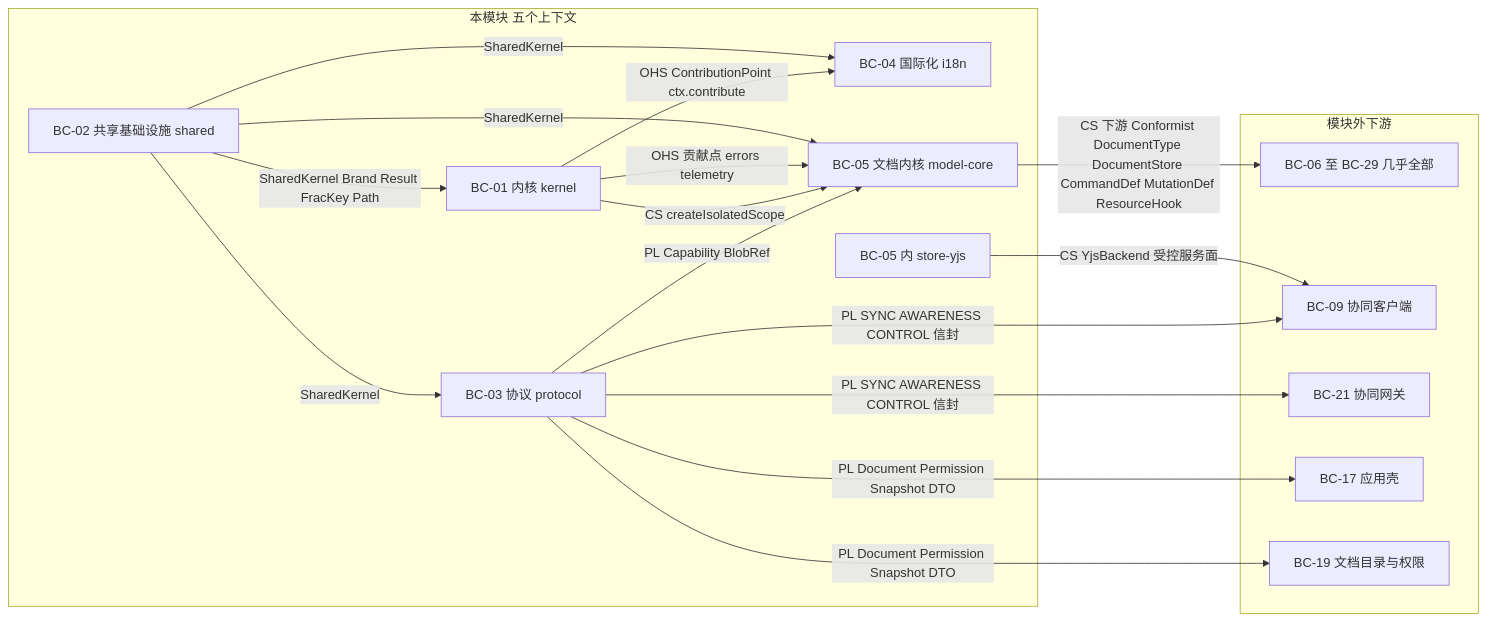
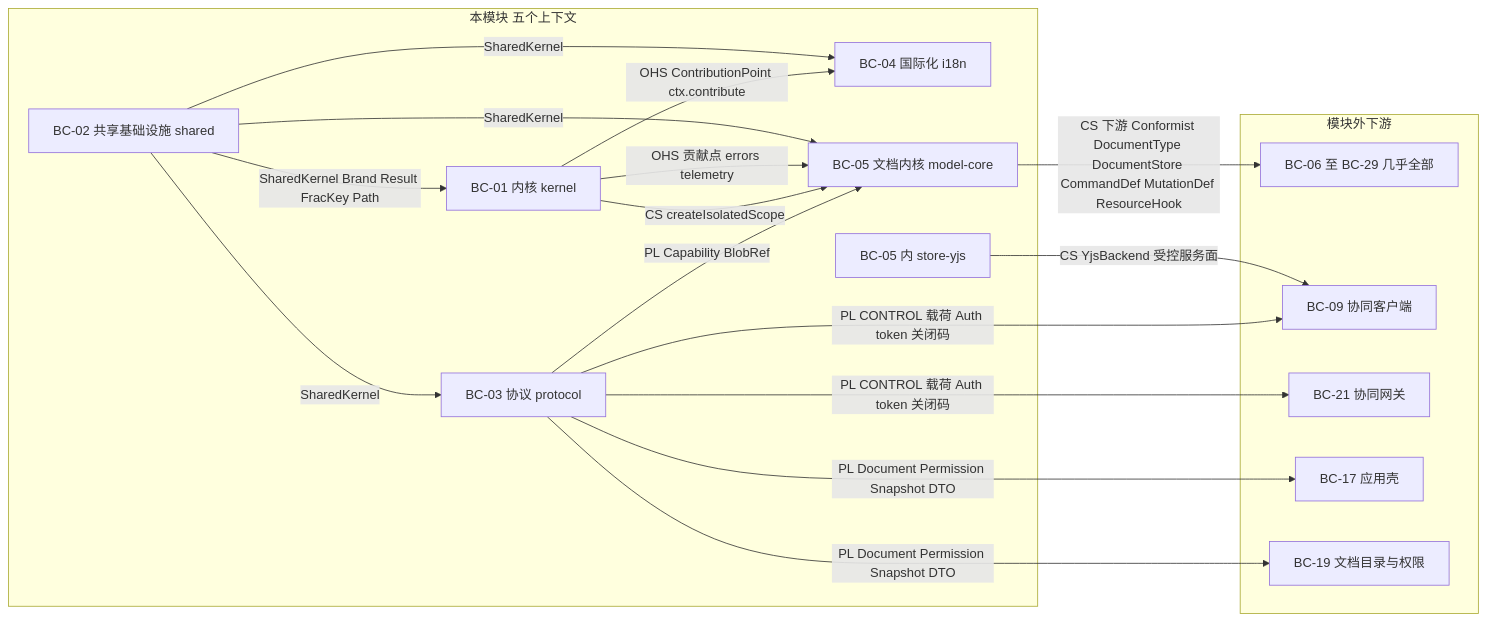
Before and after one commit to Xeonice/cordis-ppt-editor: the second of 12 diagrams in docs/40-modules/02-kernel-protocol-and-document-core.md, drawn with Mermaid. The commit also changed other lines of this file and 78 other files, not shown here.

````diff
--- a/docs/40-modules/02-kernel-protocol-and-document-core.md
+++ b/docs/40-modules/02-kernel-protocol-and-document-core.md
@@ -112,32 +112,32 @@
 ```mermaid
 flowchart LR
 subgraph mod["本模块 五个上下文"]
 bc02["BC-02 共享基础设施 shared"]
 bc01["BC-01 内核 kernel"]
 bc03["BC-03 协议 protocol"]
 bc04["BC-04 国际化 i18n"]
 bc05["BC-05 文档内核 model-core"]
 storeYjs["BC-05 内 store-yjs"]
 end
 subgraph out["模块外下游"]
 down["BC-06 至 BC-29 几乎全部"]
 bc09["BC-09 协同客户端"]
 bc21["BC-21 协同网关"]
 bc17["BC-17 应用壳"]
 bc19["BC-19 文档目录与权限"]
 end
 bc02 -- "SharedKernel Brand Result FracKey Path" --> bc01
 bc02 -- "SharedKernel" --> bc03
 bc02 -- "SharedKernel" --> bc04
 bc02 -- "SharedKernel" --> bc05
 bc01 -- "OHS ContributionPoint ctx.contribute" --> bc04
 bc01 -- "OHS 贡献点 errors telemetry" --> bc05
 bc01 -- "CS createIsolatedScope" --> bc05
 bc03 -- "PL Capability BlobRef" --> bc05
 bc05 -- "CS 下游 Conformist DocumentType DocumentStore CommandDef MutationDef ResourceHook" --> down
 storeYjs -- "CS YjsBackend 受控服务面" --> bc09
-bc03 -- "PL SYNC AWARENESS CONTROL 信封" --> bc09
-bc03 -- "PL SYNC AWARENESS CONTROL 信封" --> bc21
+bc03 -- "PL CONTROL 载荷 Auth token 关闭码" --> bc09
+bc03 -- "PL CONTROL 载荷 Auth token 关闭码" --> bc21
 bc03 -- "PL Document Permission Snapshot DTO" --> bc17
 bc03 -- "PL Document Permission Snapshot DTO" --> bc19
 ```
````
